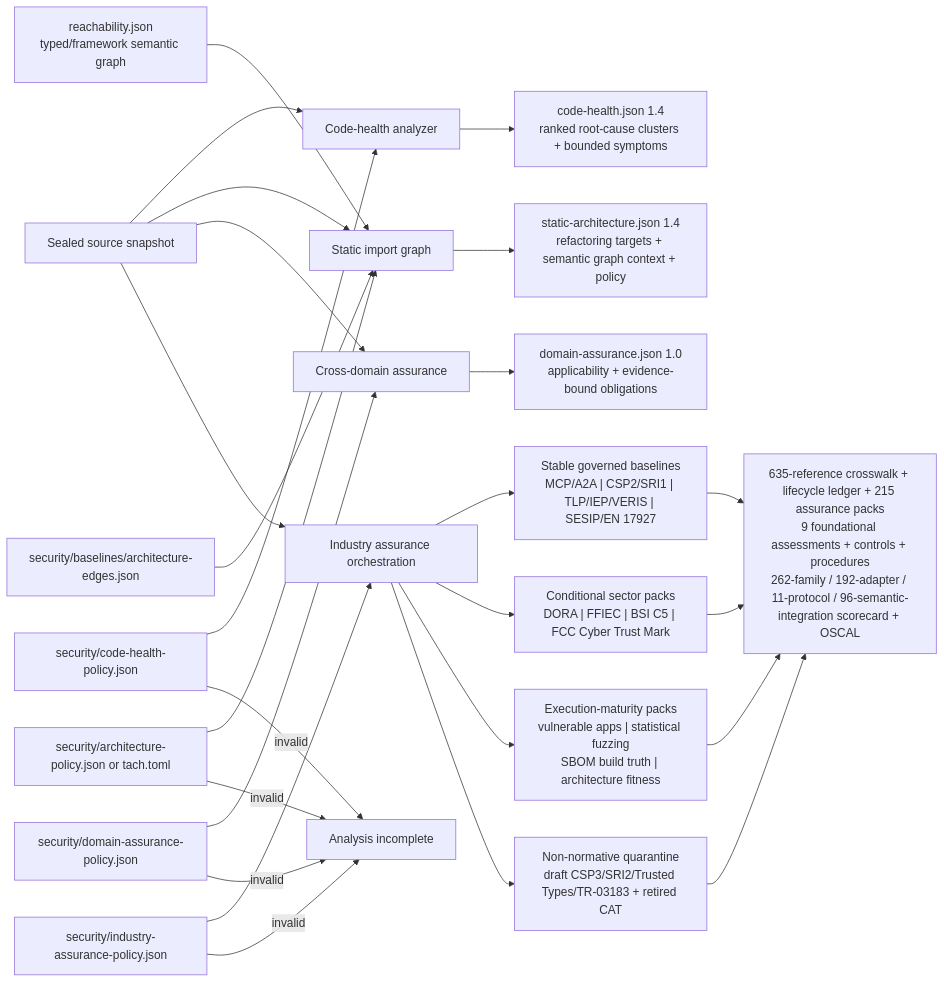
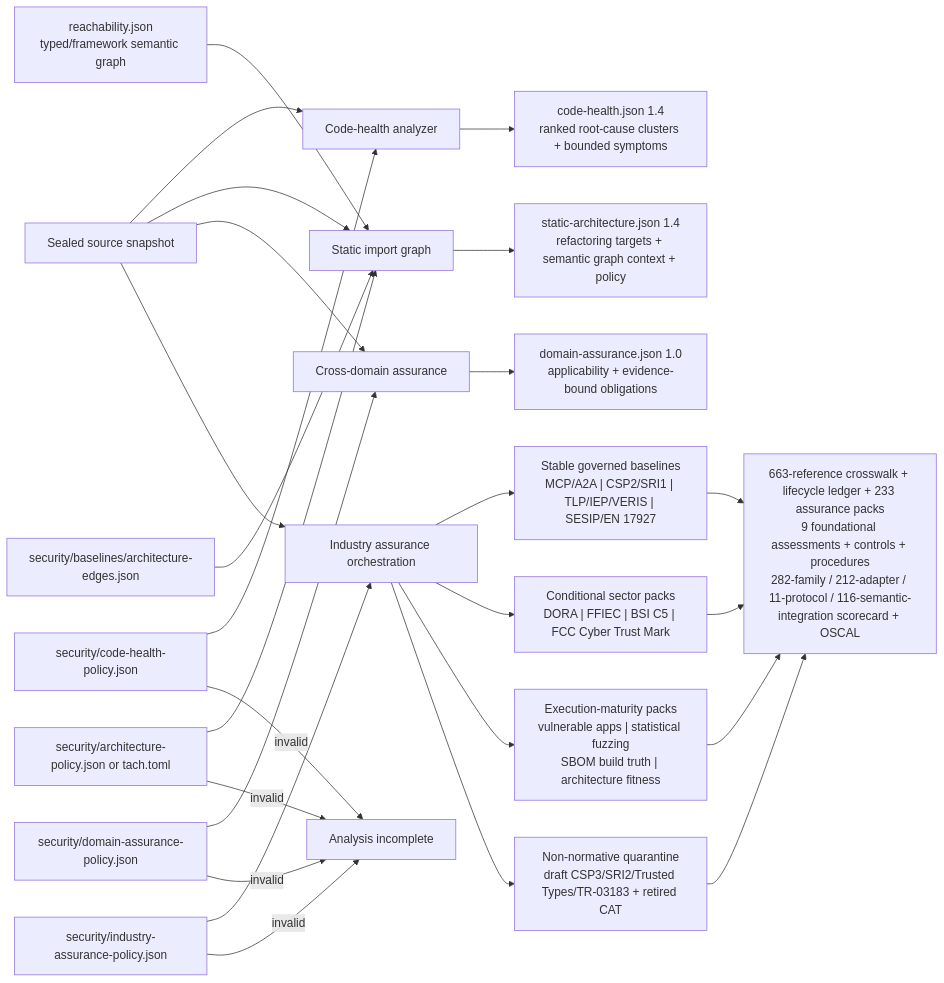
Before and after one commit to willtran87/project-py-security-suite: the third of 3 diagrams in docs/configuration.md, drawn with Mermaid. The commit also changed other lines of this file and 37 other files, not shown here.

First line of the commit message:
Expand industry assurance and AI security benchmarks (#23)

````diff
--- a/docs/configuration.md
+++ b/docs/configuration.md
@@ -132,28 +132,28 @@
 ```mermaid
 flowchart LR
     Snapshot["Sealed source snapshot"] --> Health["Code-health analyzer"]
     HealthPolicy["security/code-health-policy.json"] --> Health
     Snapshot --> Graph["Static import graph"]
     Reachability["reachability.json<br/>typed/framework semantic graph"] --> Graph
     ArchitecturePolicy["security/architecture-policy.json or tach.toml"] --> Graph
     EdgeBaseline["security/baselines/architecture-edges.json"] --> Graph
     Snapshot --> Domains["Cross-domain assurance"]
     DomainPolicy["security/domain-assurance-policy.json"] --> Domains
     Snapshot --> Industry["Industry assurance orchestration"]
     IndustryPolicy["security/industry-assurance-policy.json"] --> Industry
     Health --> HealthArtifact["code-health.json 1.4<br/>ranked root-cause clusters + bounded symptoms"]
     Graph --> ArchitectureArtifact["static-architecture.json 1.4<br/>refactoring targets + semantic graph context + policy"]
     Domains --> DomainArtifact["domain-assurance.json 1.0<br/>applicability + evidence-bound obligations"]
     Industry --> Stable["Stable governed baselines<br/>MCP/A2A | CSP2/SRI1 | TLP/IEP/VERIS | SESIP/EN 17927"]
     Industry --> Sector["Conditional sector packs<br/>DORA | FFIEC | BSI C5 | FCC Cyber Trust Mark"]
     Industry --> Validation["Execution-maturity packs<br/>vulnerable apps | statistical fuzzing<br/>SBOM build truth | architecture fitness"]
     Industry --> Watch["Non-normative quarantine<br/>draft CSP3/SRI2/Trusted Types/TR-03183 + retired CAT"]
-    Stable --> IndustryArtifacts["635-reference crosswalk + lifecycle ledger + 215 assurance packs<br/>9 foundational assessments + controls + procedures<br/>262-family / 192-adapter / 11-protocol / 96-semantic-integration scorecard + OSCAL"]
+    Stable --> IndustryArtifacts["663-reference crosswalk + lifecycle ledger + 233 assurance packs<br/>9 foundational assessments + controls + procedures<br/>282-family / 212-adapter / 11-protocol / 116-semantic-integration scorecard + OSCAL"]
     Sector --> IndustryArtifacts
     Validation --> IndustryArtifacts
     Watch --> IndustryArtifacts
     HealthPolicy -->|"invalid"| Incomplete["Analysis incomplete"]
     ArchitecturePolicy -->|"invalid"| Incomplete
     DomainPolicy -->|"invalid"| Incomplete
     IndustryPolicy -->|"invalid"| Incomplete
 ```
````
